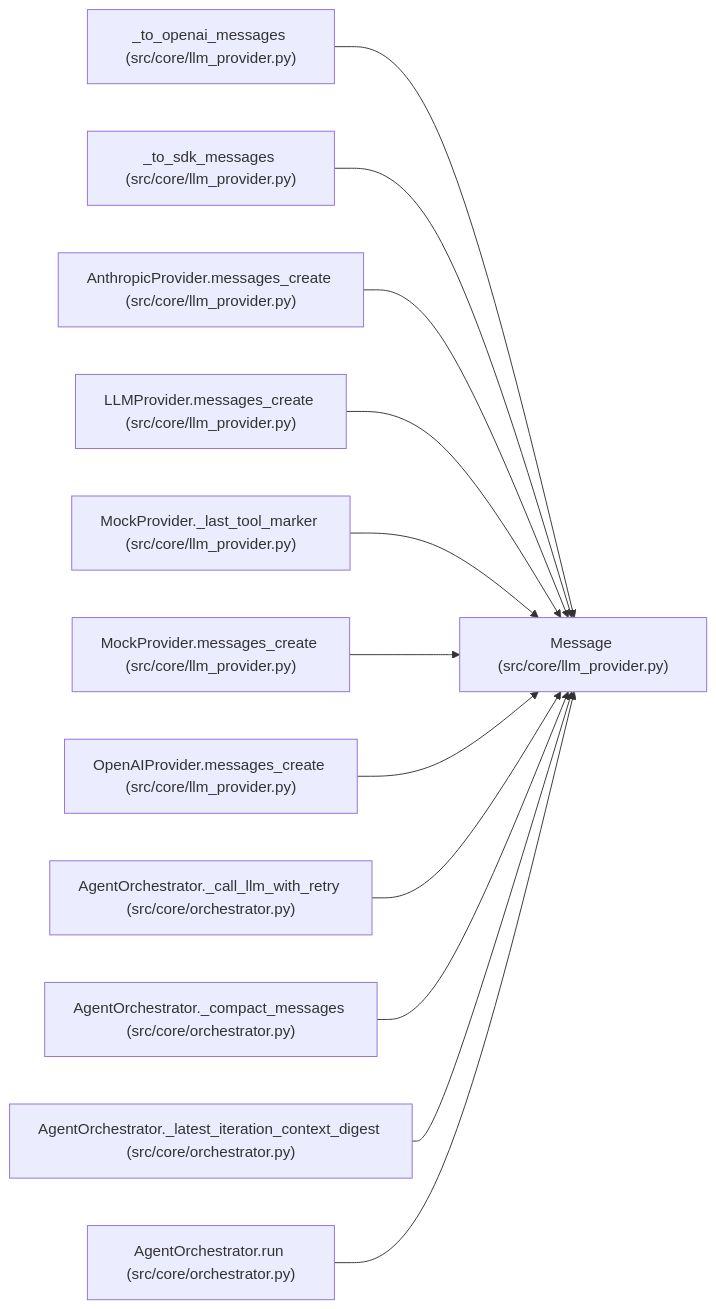
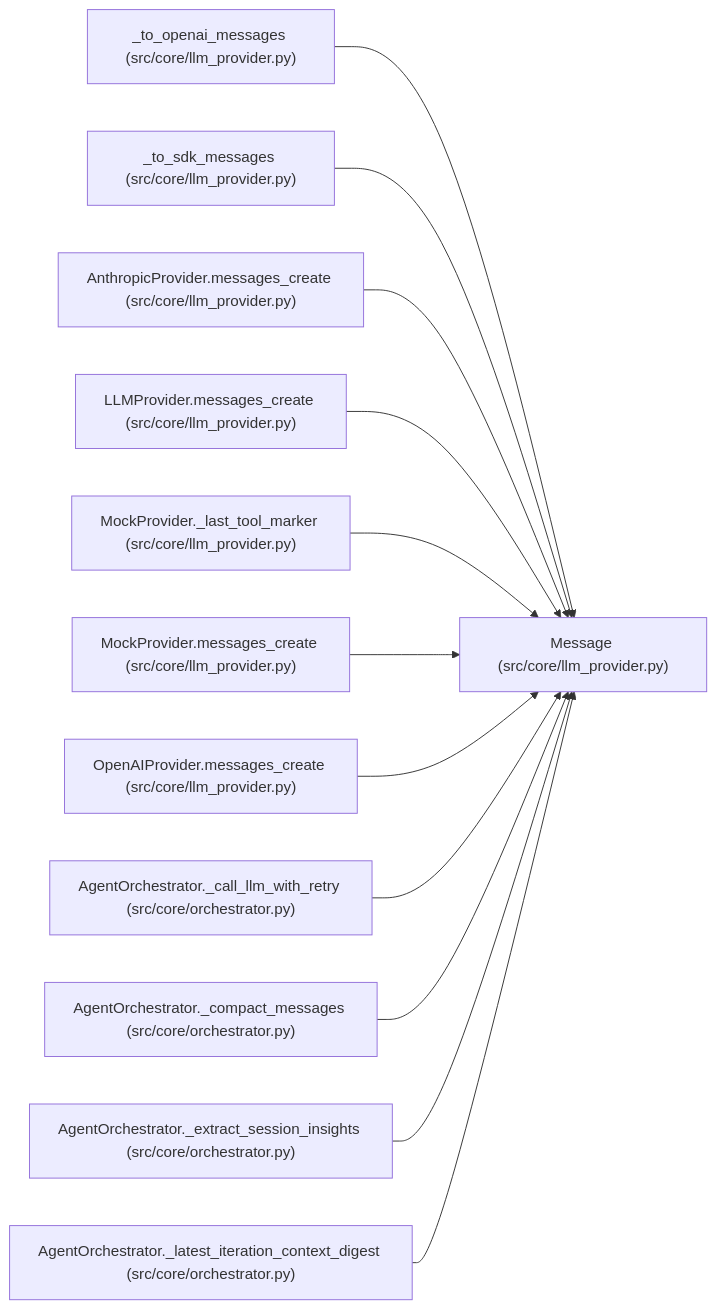
The diagram in docs/llm_wiki/entities/Message.md (Denissvgn/autoresearch-agent), drawn with Mermaid before and after one commit. The commit also changed other lines of this file and 1033 other files, not shown here.

````diff
--- a/docs/llm_wiki/entities/Message.md
+++ b/docs/llm_wiki/entities/Message.md
@@ -33,38 +33,38 @@
 ```mermaid
 flowchart LR
     n0["Message (src/core/llm_provider.py)"]
     n1["_to_openai_messages (src/core/llm_provider.py)"]
     n2["_to_sdk_messages (src/core/llm_provider.py)"]
     n3["AnthropicProvider.messages_create (src/core/llm_provider.py)"]
     n4["LLMProvider.messages_create (src/core/llm_provider.py)"]
     n5["MockProvider._last_tool_marker (src/core/llm_provider.py)"]
     n6["MockProvider.messages_create (src/core/llm_provider.py)"]
     n7["OpenAIProvider.messages_create (src/core/llm_provider.py)"]
     n8["AgentOrchestrator._call_llm_with_retry (src/core/orchestrator.py)"]
     n9["AgentOrchestrator._compact_messages (src/core/orchestrator.py)"]
-    n10["AgentOrchestrator._latest_iteration_context_digest (src/core/orchestrator.py)"]
-    n11["AgentOrchestrator.run (src/core/orchestrator.py)"]
+    n10["AgentOrchestrator._extract_session_insights (src/core/orchestrator.py)"]
+    n11["AgentOrchestrator._latest_iteration_context_digest (src/core/orchestrator.py)"]
     n1 --> n0
     n2 --> n0
     n3 --> n0
     n4 --> n0
     n5 --> n0
     n6 --> n0
     n7 --> n0
     n8 --> n0
     n9 --> n0
     n10 --> n0
     n11 --> n0
     click n0 "../modules/llm_provider.md"
     click n1 "../modules/llm_provider.md"
     click n2 "../modules/llm_provider.md"
     click n3 "../modules/llm_provider.md"
     click n4 "../modules/llm_provider.md"
     click n5 "../modules/llm_provider.md"
     click n6 "../modules/llm_provider.md"
     click n7 "../modules/llm_provider.md"
     click n8 "../modules/orchestrator.md"
     click n9 "../modules/orchestrator.md"
     click n10 "../modules/orchestrator.md"
     click n11 "../modules/orchestrator.md"
 ```
````
